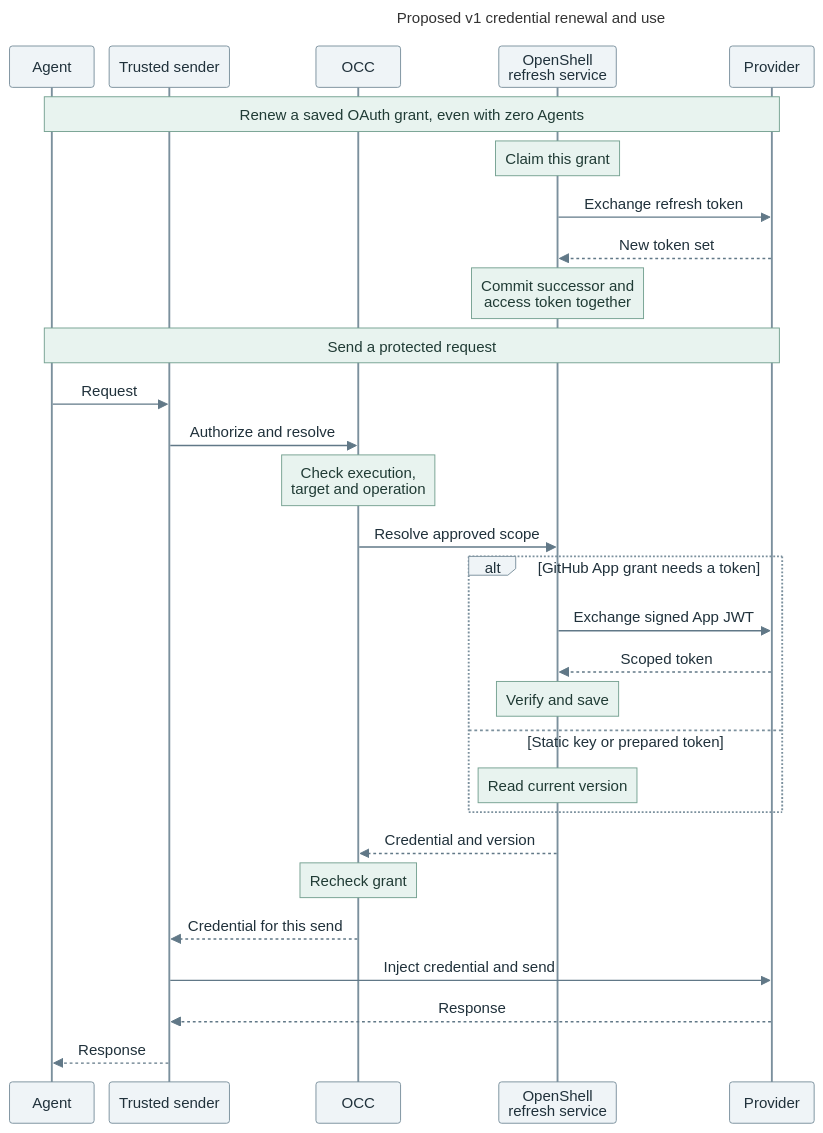
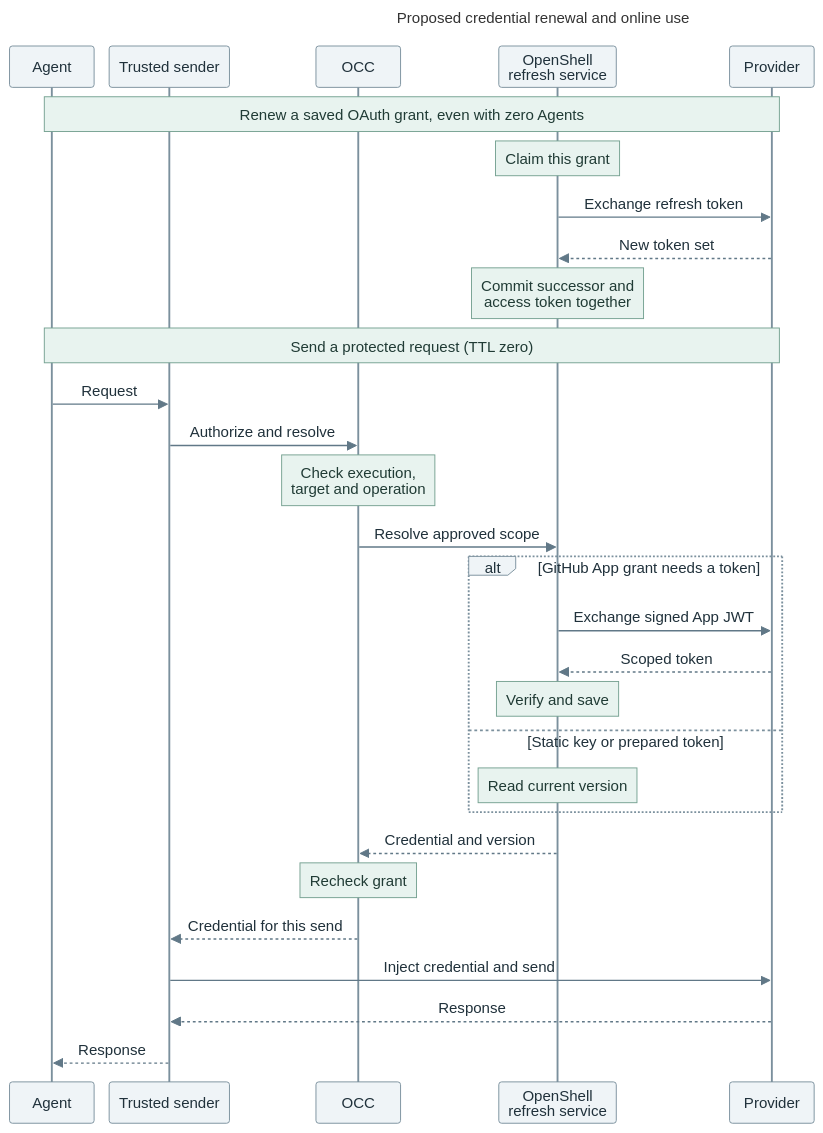
One commit to openclaw/openclaw-enterprise changed the diagram in specs/rfcs/0030-openshell-credential-service/request-lifecycle.mmd. Above: the diagram before and after it, drawn with Mermaid. The commit also changed 2 other files, not shown here.

Commit message:
docs(rfc): define durable OAuth transfer and distinguish the online path

```diff
--- a/specs/rfcs/0030-openshell-credential-service/request-lifecycle.mmd
+++ b/specs/rfcs/0030-openshell-credential-service/request-lifecycle.mmd
@@ -1,54 +1,54 @@
 ---
-title: Proposed v1 credential renewal and use
+title: Proposed credential renewal and online use
 config:
   theme: base
   themeVariables:
     fontFamily: "Arial, sans-serif"
     actorBkg: "#eff4f7"
     actorBorder: "#7b909d"
     actorTextColor: "#20313b"
     noteBkgColor: "#e8f3ef"
     noteBorderColor: "#75a191"
     noteTextColor: "#203b35"
     signalColor: "#617887"
     signalTextColor: "#20313b"
   sequence:
     useMaxWidth: false
     mirrorActors: true
     actorMargin: 16
     width: 90
     height: 44
     diagramMarginX: 8
     diagramMarginY: 10
     messageMargin: 18
     wrap: false
 ---
 sequenceDiagram
     participant A as Agent
     participant S as Trusted sender
     participant O as OCC
     participant I as OpenShell<br/>refresh service
     participant P as Provider
     Note over A,P: Renew a saved OAuth grant, even with zero Agents
     Note over I: Claim this grant
     I->>P: Exchange refresh token
     P-->>I: New token set
     Note over I: Commit successor and<br/>access token together
-    Note over A,P: Send a protected request
+    Note over A,P: Send a protected request (TTL zero)
     A->>S: Request
     S->>O: Authorize and resolve
     Note over O: Check execution,<br/>target and operation
     O->>I: Resolve approved scope
     alt GitHub App grant needs a token
         I->>P: Exchange signed App JWT
         P-->>I: Scoped token
         Note over I: Verify and save
     else Static key or prepared token
         Note over I: Read current version
     end
     I-->>O: Credential and version
     Note over O: Recheck grant
     O-->>S: Credential for this send
     S->>P: Inject credential and send
     P-->>S: Response
     S-->>A: Response
```
